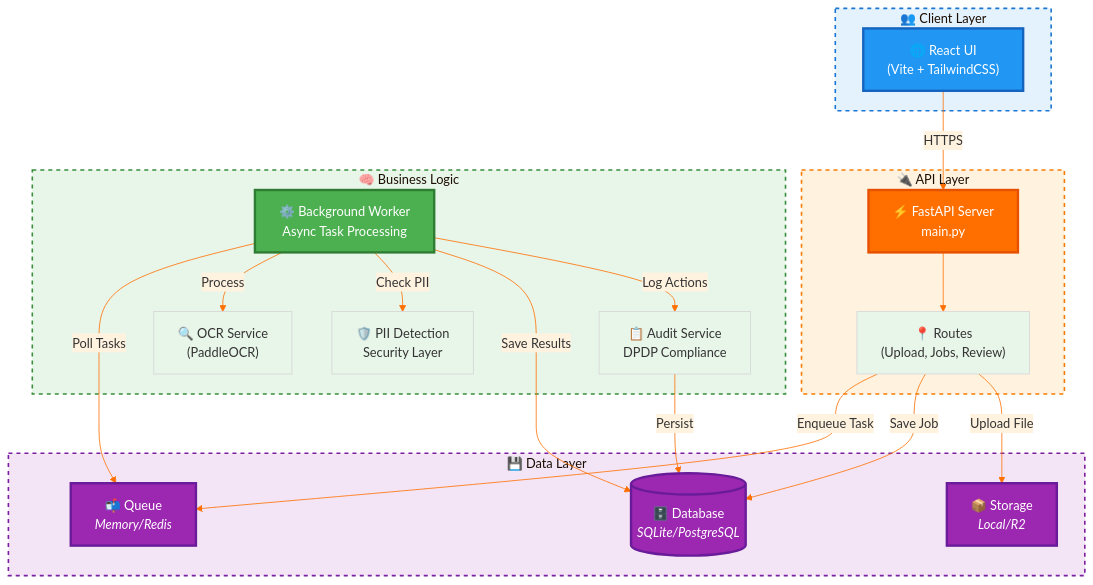
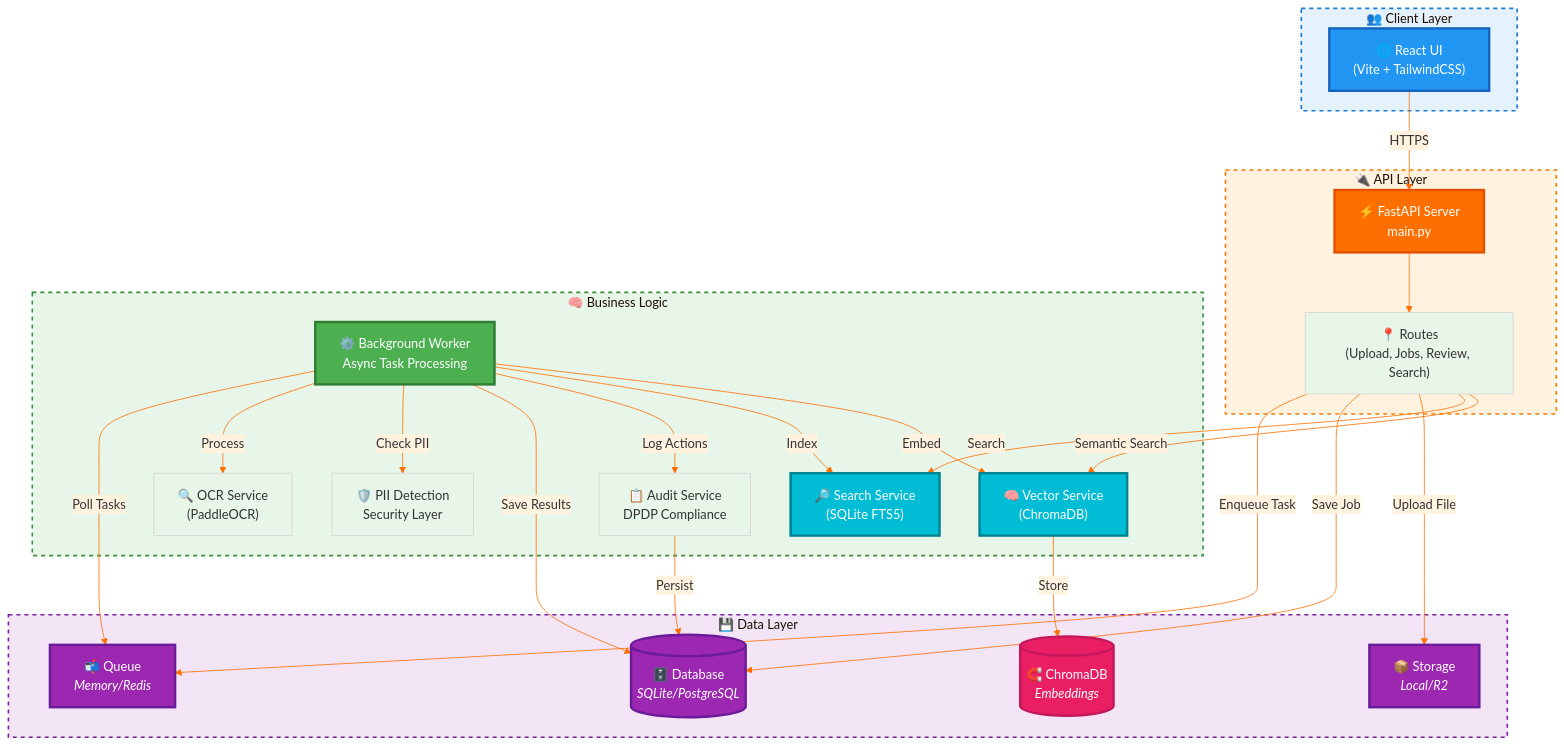
Before and after one commit to VIKAS9793/IndiaAI-IDP-Platform: the first of 2 diagrams in backend/ARCHITECTURE.md, drawn with Mermaid. The commit also changed other lines of this file and 3 other files, not shown here.

First line of the commit message:
docs: update CHANGELOG, README, ARCHITECTURE for v2.0 features

````diff
--- a/backend/ARCHITECTURE.md
+++ b/backend/ARCHITECTURE.md
@@ -16,50 +16,61 @@
 ```mermaid
 %%{init: {'theme':'base', 'themeVariables': { 'primaryColor':'#E8F5E9','secondaryColor':'#FFF3E0','tertiaryColor':'#E3F2FD','lineColor':'#FF6F00'}}}%%
 graph TB
     subgraph client["👥 Client Layer"]
         UI["🌐 React UI<br/>(Vite + TailwindCSS)"]
     end
     
     subgraph api["🔌 API Layer"]
         FastAPI["⚡ FastAPI Server<br/>main.py"]
-        Routes["📍 Routes<br/>(Upload, Jobs, Review)"]
+        Routes["📍 Routes<br/>(Upload, Jobs, Review, Search)"]
     end
     
     subgraph core["🧠 Business Logic"]
         Worker["⚙️ Background Worker<br/>Async Task Processing"]
         OCR["🔍 OCR Service<br/>(PaddleOCR)"]
         PII["🛡️ PII Detection<br/>Security Layer"]
         Audit["📋 Audit Service<br/>DPDP Compliance"]
+        Vector["🧠 Vector Service<br/>(ChromaDB)"]
+        Search["🔎 Search Service<br/>(SQLite FTS5)"]
     end
     
     subgraph storage["💾 Data Layer"]
         DB[("🗄️ Database<br/><i>SQLite/PostgreSQL</i>")]
         Files["📦 Storage<br/><i>Local/R2</i>"]
         Queue["📬 Queue<br/><i>Memory/Redis</i>"]
+        VectorDB[("🧲 ChromaDB<br/><i>Embeddings</i>")]
     end
     
     UI -->|HTTPS| FastAPI
     FastAPI --> Routes
     Routes -->|Enqueue Task| Queue
     Routes -->|Save Job| DB
     Routes -->|Upload File| Files
+    Routes -->|Search| Search
+    Routes -->|Semantic Search| Vector
     
     Worker -->|Poll Tasks| Queue
     Worker -->|Process| OCR
     Worker -->|Check PII| PII
     Worker -->|Save Results| DB
     Worker -->|Log Actions| Audit
+    Worker -->|Index| Search
+    Worker -->|Embed| Vector
     
+    Vector -->|Store| VectorDB
     Audit -->|Persist| DB
     
     style UI fill:#2196F3,stroke:#1565C0,stroke-width:3px,color:#fff
     style FastAPI fill:#FF6F00,stroke:#E65100,stroke-width:3px,color:#fff
     style Worker fill:#4CAF50,stroke:#2E7D32,stroke-width:3px,color:#fff
     style DB fill:#9C27B0,stroke:#6A1B9A,stroke-width:3px,color:#fff
     style Files fill:#9C27B0,stroke:#6A1B9A,stroke-width:3px,color:#fff
     style Queue fill:#9C27B0,stroke:#6A1B9A,stroke-width:3px,color:#fff
+    style VectorDB fill:#E91E63,stroke:#C2185B,stroke-width:3px,color:#fff
+    style Vector fill:#00BCD4,stroke:#00838F,stroke-width:3px,color:#fff
+    style Search fill:#00BCD4,stroke:#00838F,stroke-width:3px,color:#fff
     style client fill:#E3F2FD,stroke:#1976D2,stroke-width:2px,stroke-dasharray: 5 5
     style api fill:#FFF3E0,stroke:#F57C00,stroke-width:2px,stroke-dasharray: 5 5
     style core fill:#E8F5E9,stroke:#388E3C,stroke-width:2px,stroke-dasharray: 5 5
     style storage fill:#F3E5F5,stroke:#7B1FA2,stroke-width:2px,stroke-dasharray: 5 5
 ```
````
